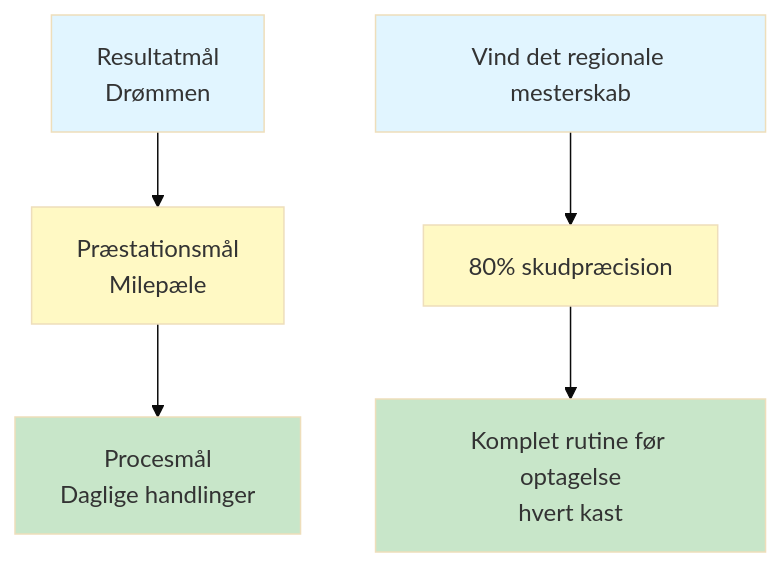
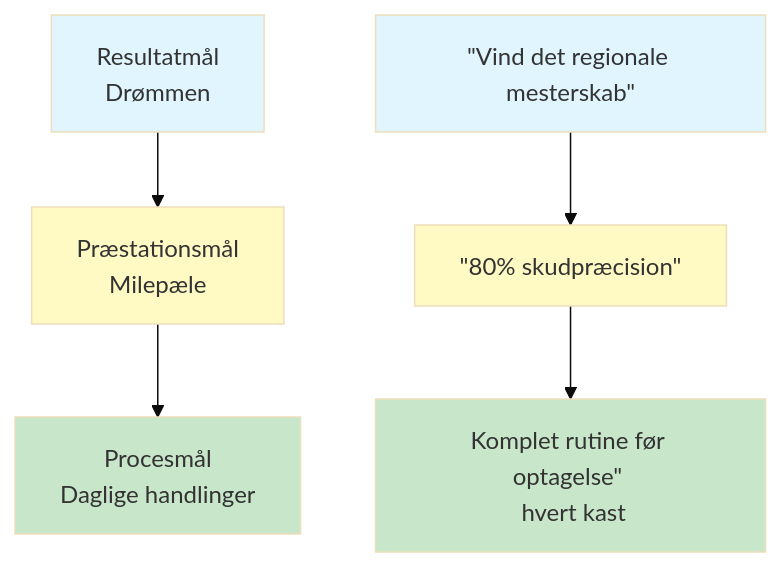
The diagram in docs/da/education/goals/index.md (patwii/petanque-academy), drawn with Mermaid (base theme) before and after one commit. The commit also changed other lines of this file and 532 other files, not shown here.

````diff
--- a/docs/da/education/goals/index.md
+++ b/docs/da/education/goals/index.md
@@ -42,15 +42,15 @@
 ```mermaid
 graph TD
     A[Resultatmål <br/> Drømmen] --> B[Præstationsmål <br/> Milepæle]
     B --> C[Procesmål <br/> Daglige handlinger]
 
-    A2["Vind det regionale mesterskab"] --> B2["80% skudpræcision"]
-    B2 --> C2["Komplet rutine før optagelse<br/>hvert kast"]
+    A2[&quot;Vind det regionale mesterskab&quot;] --> B2[&quot;80% skudpræcision&quot;]
+    B2 --> C2[&quot;Komplet rutine før optagelse&quot; <br/> hvert kast&quot;]
 
     style A fill:#e1f5ff
     style B fill:#fff9c4
     style C fill:#c8e6c9
     style A2 fill:#e1f5ff
     style B2 fill:#fff9c4
     style C2 fill:#c8e6c9
 ```
````
